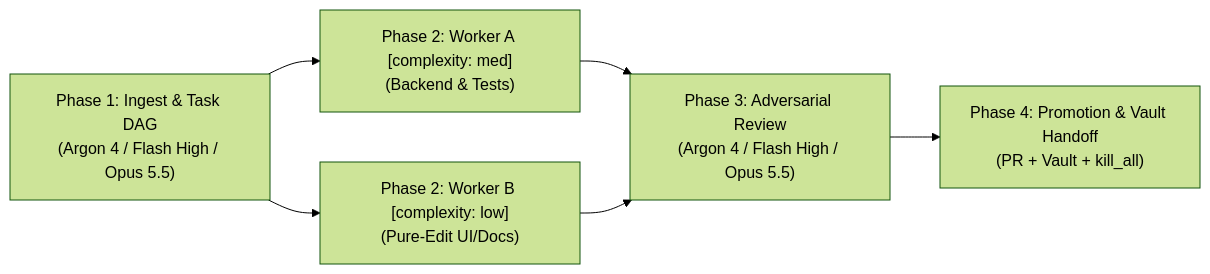
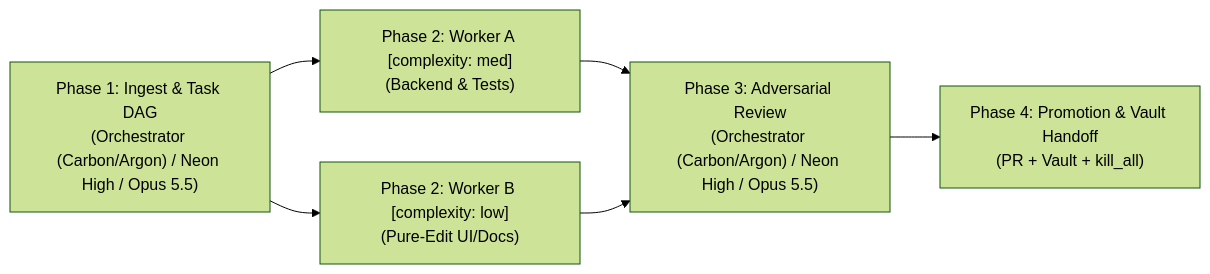
The diagram in harness/plugins/autonomous-orchestrator/skills/auto-lifecycle/SKILL.md (Cooper-Wallace/agentkit), drawn with Mermaid (forest theme) before and after one commit. The commit also changed other lines of this file and 23 other files, not shown here.

````diff
--- a/harness/plugins/autonomous-orchestrator/skills/auto-lifecycle/SKILL.md
+++ b/harness/plugins/autonomous-orchestrator/skills/auto-lifecycle/SKILL.md
@@ -14,8 +14,8 @@
 ```mermaid
 flowchart LR
-    P1["Phase 1: Ingest & Task DAG<br/>(Argon 4 / Flash High / Opus 5.5)"] --> P2A["Phase 2: Worker A [complexity: med]<br/>(Backend & Tests)"]
+    P1["Phase 1: Ingest & Task DAG<br/>(Orchestrator (Carbon/Argon) / Neon High / Opus 5.5)"] --> P2A["Phase 2: Worker A [complexity: med]<br/>(Backend & Tests)"]
     P1 --> P2B["Phase 2: Worker B [complexity: low]<br/>(Pure-Edit UI/Docs)"]
-    P2A --> P3["Phase 3: Adversarial Review<br/>(Argon 4 / Flash High / Opus 5.5)"]
+    P2A --> P3["Phase 3: Adversarial Review<br/>(Orchestrator (Carbon/Argon) / Neon High / Opus 5.5)"]
     P2B --> P3
     P3 --> P4["Phase 4: Promotion & Vault Handoff<br/>(PR + Vault + kill_all)"]
 ```
````
